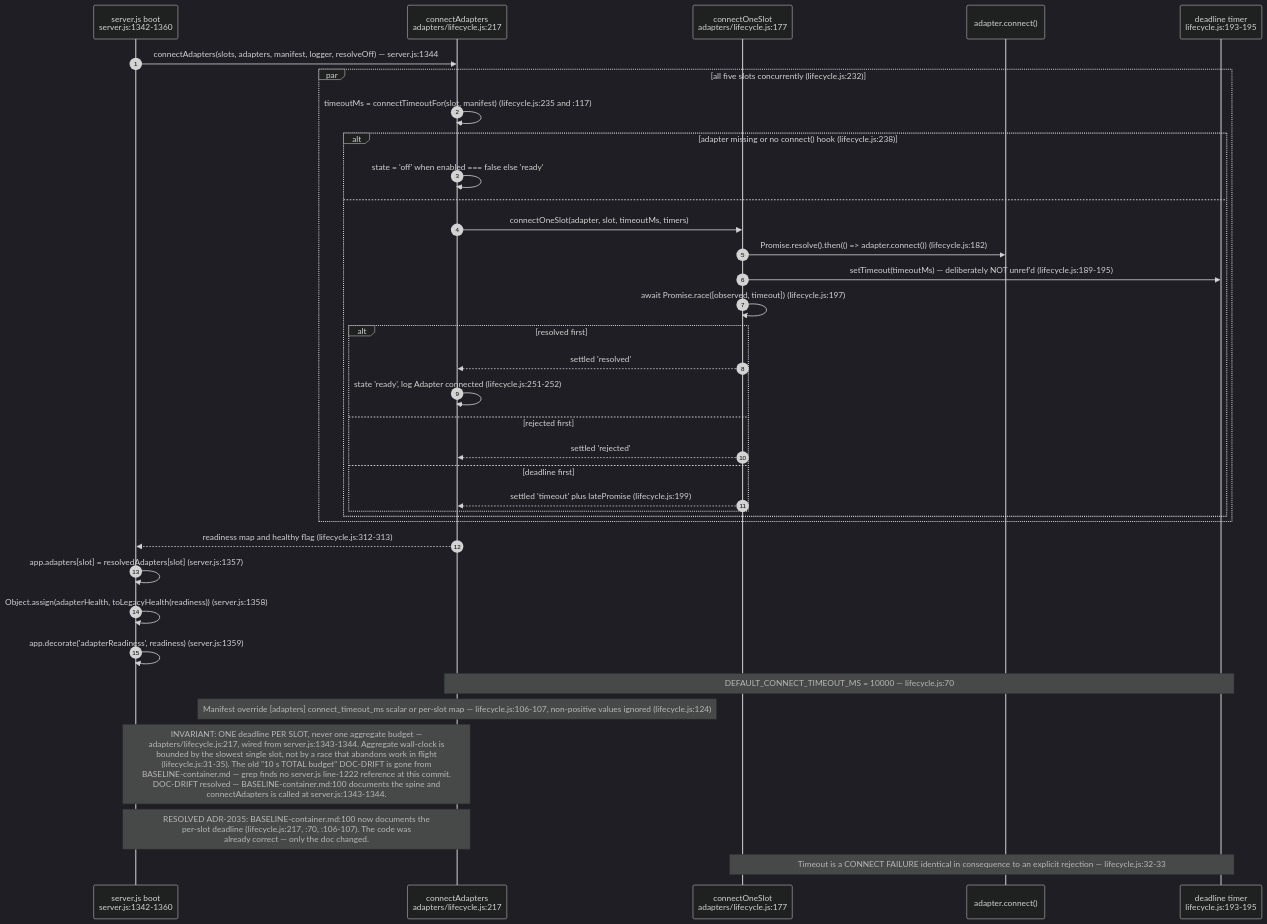
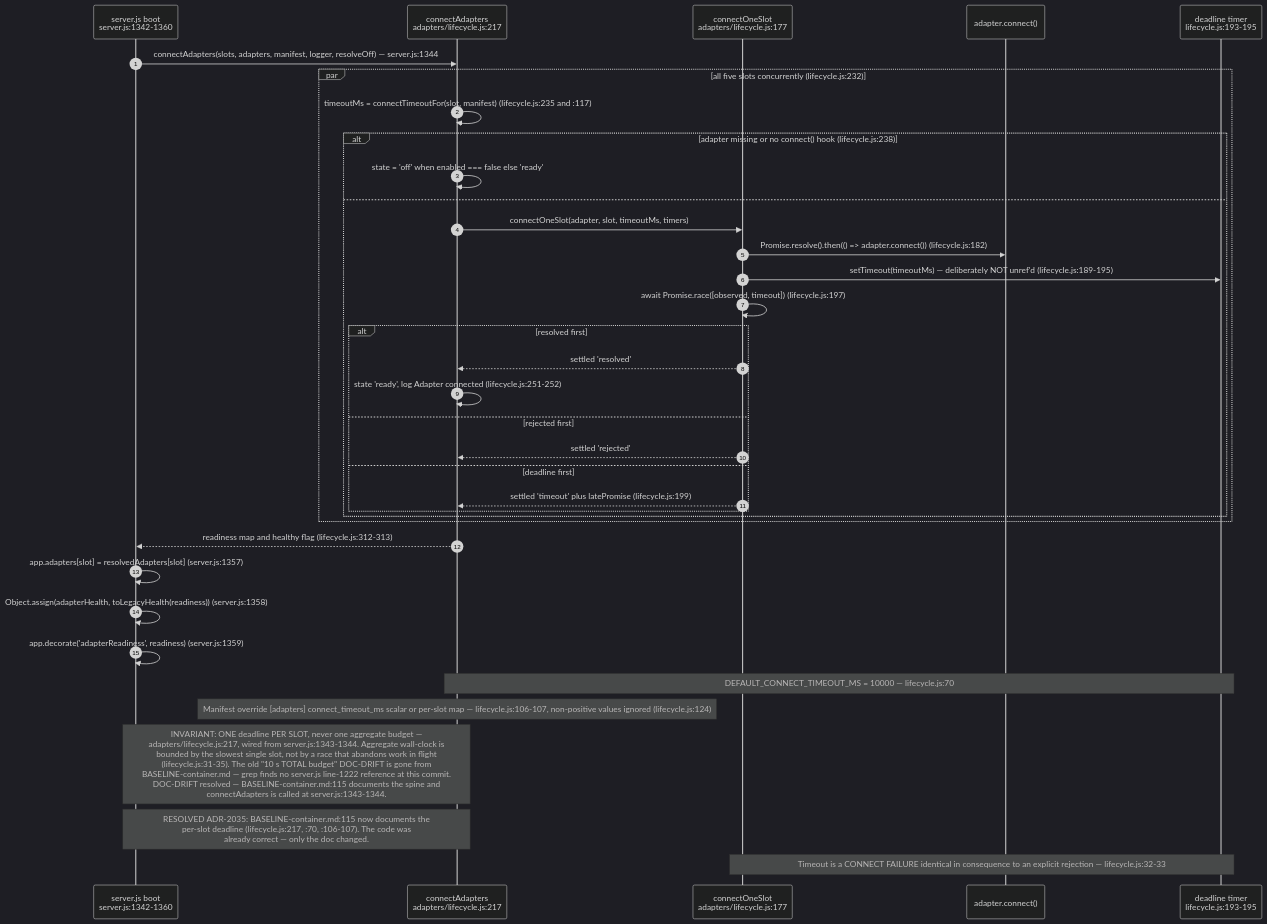
Before and after one commit to DreamLab-AI/VisionFlow: the sixth of 15 diagrams in docs/diagrams/agentbox/04-adapter-spine.md, drawn with Mermaid (dark theme). The commit also changed other lines of this file and 160 other files, not shown here.

````diff
--- a/docs/diagrams/agentbox/04-adapter-spine.md
+++ b/docs/diagrams/agentbox/04-adapter-spine.md
@@ -257,39 +257,39 @@
 ```mermaid
 sequenceDiagram
     autonumber
     participant SV as server.js boot<br/>server.js:1342-1360
     participant LC as connectAdapters<br/>adapters/lifecycle.js:217
     participant CO as connectOneSlot<br/>adapters/lifecycle.js:177
     participant AD as adapter.connect()
     participant T as deadline timer<br/>lifecycle.js:193-195
 
     SV->>LC: connectAdapters(slots, adapters, manifest, logger, resolveOff) — server.js:1344
     par all five slots concurrently (lifecycle.js:232)
         LC->>LC: timeoutMs = connectTimeoutFor(slot, manifest) (lifecycle.js:235 and :117)
         alt adapter missing or no connect() hook (lifecycle.js:238)
             LC->>LC: state = 'off' when enabled === false else 'ready'
         else
             LC->>CO: connectOneSlot(adapter, slot, timeoutMs, timers)
             CO->>AD: Promise.resolve().then(() => adapter.connect()) (lifecycle.js:182)
             CO->>T: setTimeout(timeoutMs) — deliberately NOT unref'd (lifecycle.js:189-195)
             CO->>CO: await Promise.race([observed, timeout]) (lifecycle.js:197)
             alt resolved first
                 CO-->>LC: settled 'resolved'
                 LC->>LC: state 'ready', log Adapter connected (lifecycle.js:251-252)
             else rejected first
                 CO-->>LC: settled 'rejected'
             else deadline first
                 CO-->>LC: settled 'timeout' plus latePromise (lifecycle.js:199)
             end
         end
     end
     LC-->>SV: readiness map and healthy flag (lifecycle.js:312-313)
     SV->>SV: app.adapters[slot] = resolvedAdapters[slot] (server.js:1357)
     SV->>SV: Object.assign(adapterHealth, toLegacyHealth(readiness)) (server.js:1358)
     SV->>SV: app.decorate('adapterReadiness', readiness) (server.js:1359)
     Note over LC,T: DEFAULT_CONNECT_TIMEOUT_MS = 10000 — lifecycle.js:70
     Note over LC: Manifest override [adapters] connect_timeout_ms scalar or per-slot map — lifecycle.js:106-107, non-positive values ignored (lifecycle.js:124)
-    Note over SV,LC: INVARIANT: ONE deadline PER SLOT, never one aggregate budget —<br/>adapters/lifecycle.js:217, wired from server.js:1343-1344. Aggregate wall-clock is<br/>bounded by the slowest single slot, not by a race that abandons work in flight<br/>(lifecycle.js:31-35). The old "10 s TOTAL budget" DOC-DRIFT is gone from<br/>BASELINE-container.md — grep finds no server.js line-1222 reference at this commit.<br/>DOC-DRIFT resolved — BASELINE-container.md:100 documents the spine and<br/>connectAdapters is called at server.js:1343-1344.
-    Note over SV,LC: RESOLVED ADR-2035: BASELINE-container.md:100 now documents the<br/>per-slot deadline (lifecycle.js:217, :70, :106-107). The code was<br/>already correct — only the doc changed.
+    Note over SV,LC: INVARIANT: ONE deadline PER SLOT, never one aggregate budget —<br/>adapters/lifecycle.js:217, wired from server.js:1343-1344. Aggregate wall-clock is<br/>bounded by the slowest single slot, not by a race that abandons work in flight<br/>(lifecycle.js:31-35). The old "10 s TOTAL budget" DOC-DRIFT is gone from<br/>BASELINE-container.md — grep finds no server.js line-1222 reference at this commit.<br/>DOC-DRIFT resolved — BASELINE-container.md:115 documents the spine and<br/>connectAdapters is called at server.js:1343-1344.
+    Note over SV,LC: RESOLVED ADR-2035: BASELINE-container.md:115 now documents the<br/>per-slot deadline (lifecycle.js:217, :70, :106-107). The code was<br/>already correct — only the doc changed.
     Note over CO,T: Timeout is a CONNECT FAILURE identical in consequence to an explicit rejection — lifecycle.js:32-33
 ```
````
